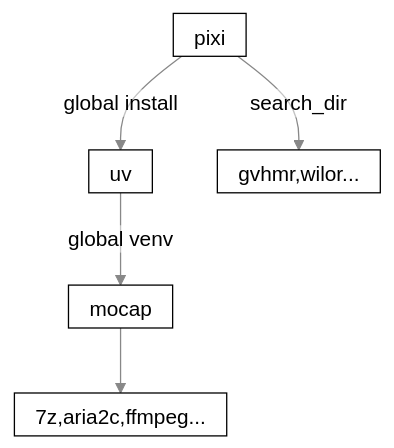
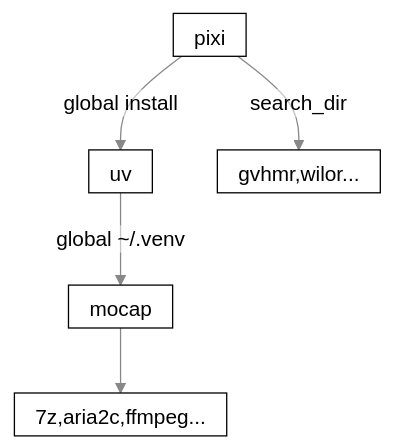
The diagram in README.md (AClon314/mocap-wrapper), drawn with Mermaid before and after one commit. The commit also changed 2 other files, not shown here.

Commit message:
fix(static, process): 修复 gather 函数以支持异常处理并优化超时设置

````diff
--- a/README.md
+++ b/README.md
@@ -117,11 +117,11 @@
 ```mermaid
 %%{init:{'flowchart':{'padding':0, 'htmlLabels':false}, 'htmlLabels':false, 'theme':'base', 'themeVariables':{'primaryColor':'#fff','clusterBkg':'#fff','edgeLabelBackground':'#fff','lineColor':'#888','primaryTextColor':'#000','primaryBorderColor':'#000','secondaryTextColor':'#000', 'clusterBorder':'#888','tertiaryTextColor':'#000'} }}%%
 graph TD
 p[pixi]
 u[uv]
 m[mocap]
 p --global install--> u
-u --global venv--> m
+u --global ~/.venv--> m
 p --search_dir--> gvhmr,wilor...
 m --> 7z,aria2c,ffmpeg...
 ```
````
